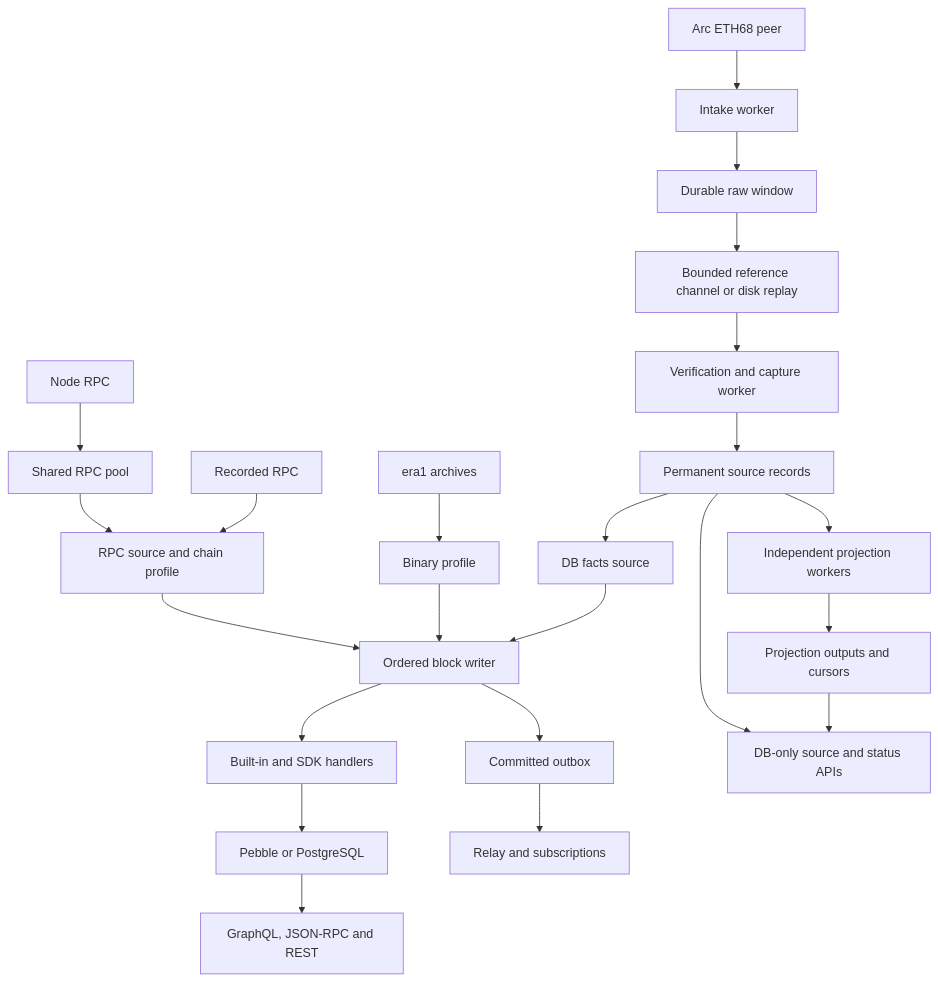
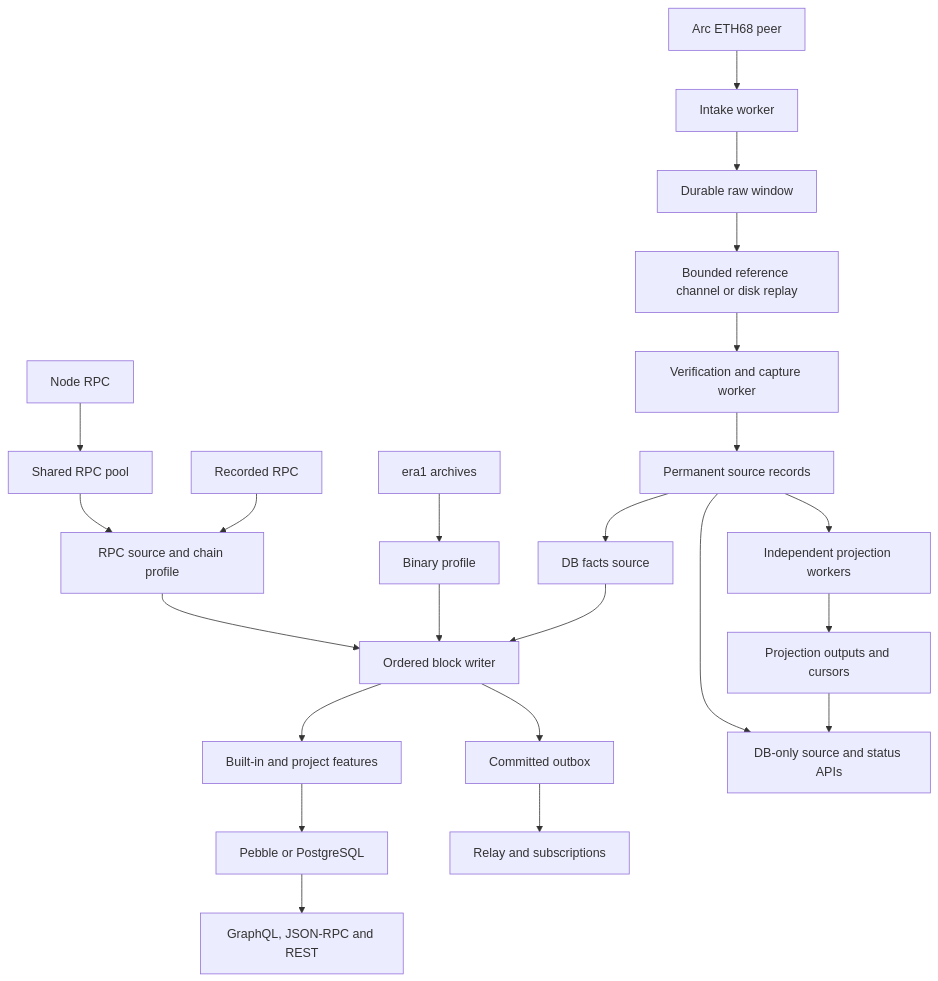
Before and after one commit to 0xmhha/indexer-go: the diagram in docs/ARCHITECTURE.md, drawn with Mermaid. The commit also changed other lines of this file and 40 other files, not shown here.

````diff
--- a/docs/ARCHITECTURE.md
+++ b/docs/ARCHITECTURE.md
@@ -11,27 +11,27 @@
 ```mermaid
 flowchart TD
     Node[Node RPC] --> Pool[Shared RPC pool]
     Pool --> RPCSource[RPC source and chain profile]
     Era[era1 archives] --> Binary[Binary profile]
     Replay[Recorded RPC] --> RPCSource
     RPCSource --> Writer[Ordered block writer]
     Binary --> Writer
 
     Peer[Arc ETH68 peer] --> Intake[Intake worker]
     Intake --> Raw[Durable raw window]
     Raw --> Queue[Bounded reference channel or disk replay]
     Queue --> Capture[Verification and capture worker]
     Capture --> SourceDB[Permanent source records]
     SourceDB --> Facts[DB facts source]
     Facts --> Writer
     SourceDB --> Independent[Independent projection workers]
     Independent --> Outputs[Projection outputs and cursors]
 
-    Writer --> Features[Built-in and SDK handlers]
+    Writer --> Features[Built-in and project features]
     Features --> Store[Pebble or PostgreSQL]
     Writer --> Outbox[Committed outbox]
     Outbox --> Relay[Relay and subscriptions]
     Store --> API[GraphQL, JSON-RPC and REST]
     SourceDB --> SourceAPI[DB-only source and status APIs]
     Outputs --> SourceAPI
 ```
````
